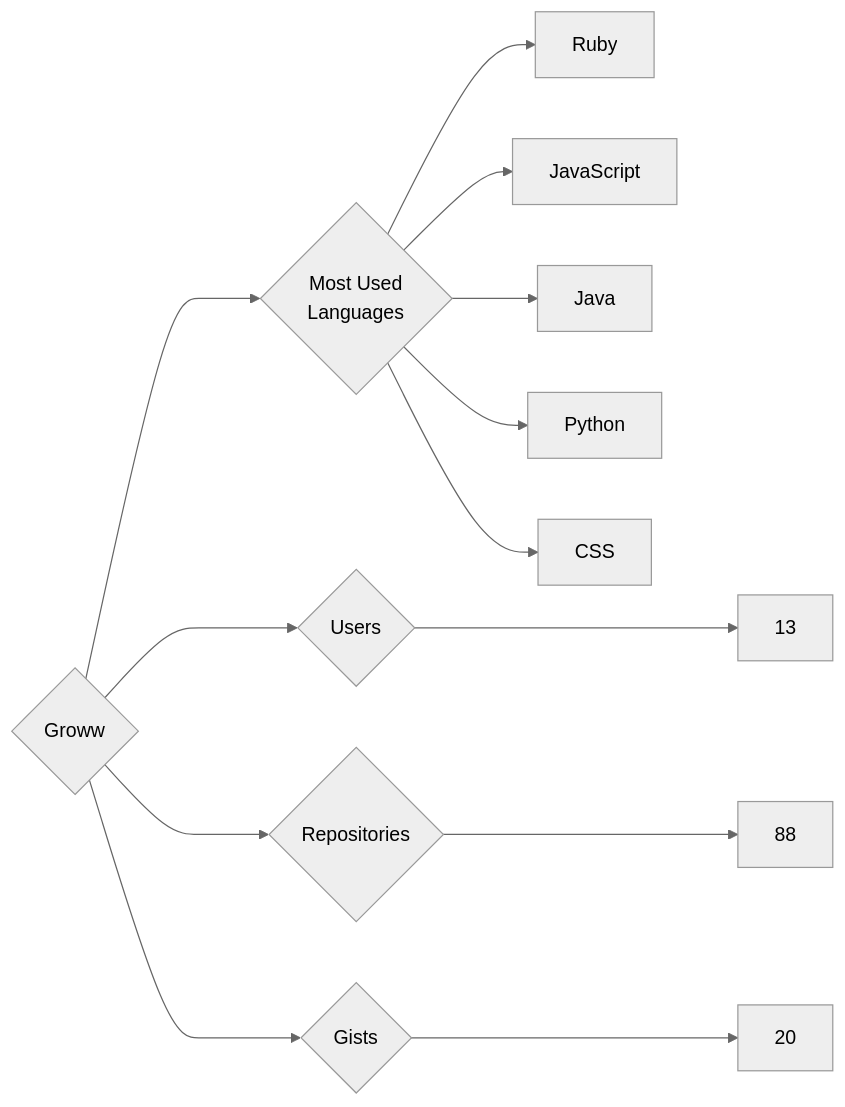
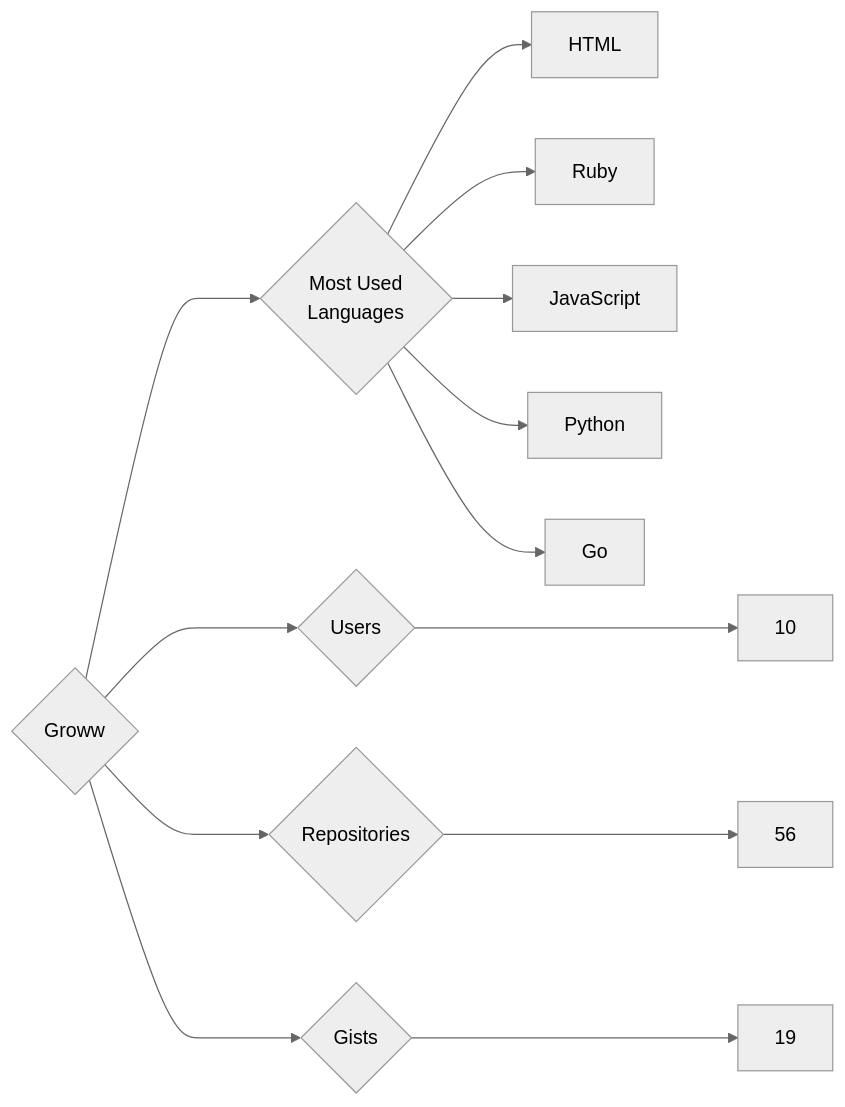
Before and after one commit to trickest/insiders: the diagram in targets/Groww/README.md, drawn with Mermaid (neutral theme). The commit also changed 1003 other files, not shown here.

````diff
--- a/targets/Groww/README.md
+++ b/targets/Groww/README.md
@@ -3,13 +3,13 @@
 ```mermaid
 graph LR
 COMPANY_NAME{Groww}
-COMPANY_NAME ---> U{Users} ---> UN[13]
-COMPANY_NAME ---> R{Repositories} ---> RN[88]
-COMPANY_NAME ---> G{Gists} ---> GN[20]
+COMPANY_NAME ---> U{Users} ---> UN[10]
+COMPANY_NAME ---> R{Repositories} ---> RN[56]
+COMPANY_NAME ---> G{Gists} ---> GN[19]
 COMPANY_NAME ---> ML{Most Used<br>Languages}
+ML --> HTML[HTML]
 ML --> Ruby[Ruby]
 ML --> JavaScript[JavaScript]
-ML --> Java[Java]
 ML --> Python[Python]
-ML --> CSS[CSS]
+ML --> Go[Go]
 ```
````
